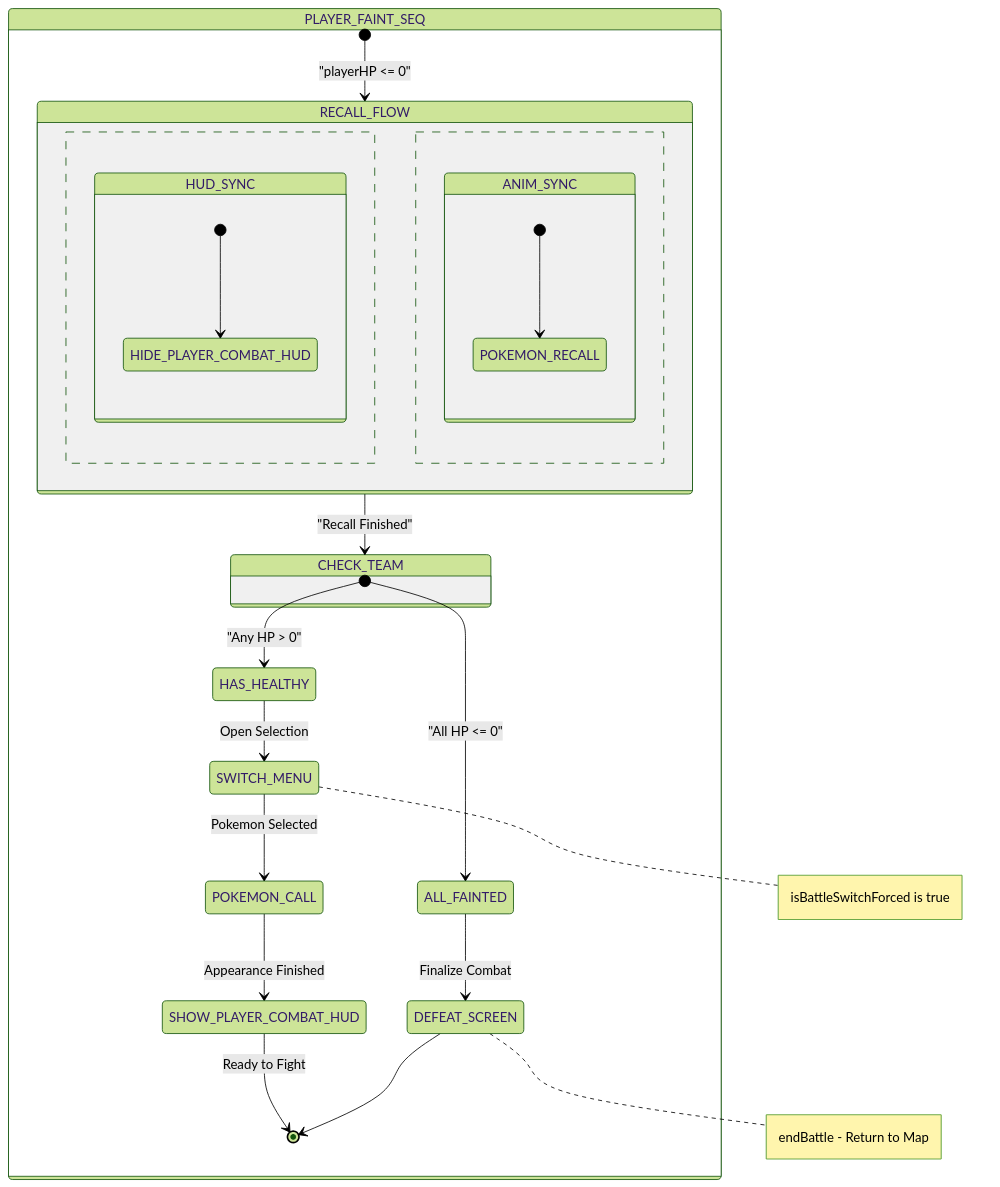
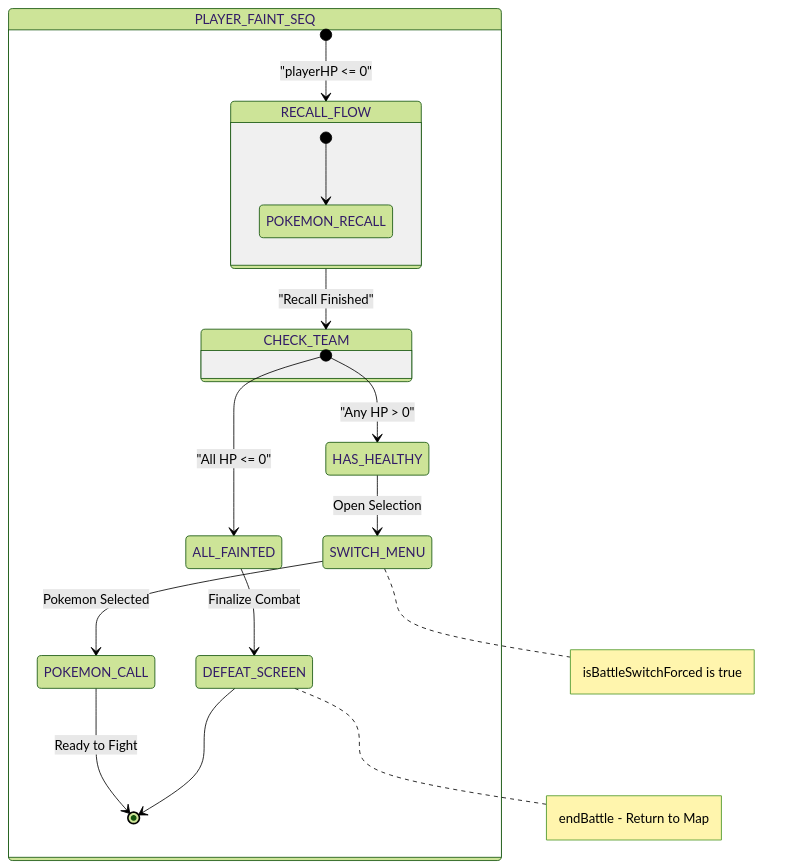
One commit to Darkham77/PokeBorrador changed diagram 12 of 18 in .agents/skills/project-standards/references/battle/battle_mechanics_manual.md. Above: the diagram before and after it, drawn with Mermaid (forest theme). The commit also changed other lines of this file and 30 other files, not shown here.

````diff
--- a/.agents/skills/project-standards/references/battle/battle_mechanics_manual.md
+++ b/.agents/skills/project-standards/references/battle/battle_mechanics_manual.md
@@ -714,34 +685,27 @@
 ```mermaid
 stateDiagram-v2
     state PLAYER_FAINT_SEQ {
         [*] --> RECALL_FLOW: "playerHP <= 0"
         
         state RECALL_FLOW {
-            state HUD_SYNC {
-                [*] --> HIDE_PLAYER_COMBAT_HUD
-            }
-            --
-            state ANIM_SYNC {
-                [*] --> POKEMON_RECALL
-            }
+            [*] --> POKEMON_RECALL
         }
         
         RECALL_FLOW --> CHECK_TEAM: "Recall Finished"
         
         state CHECK_TEAM {
             [*] --> HAS_HEALTHY: "Any HP > 0"
             [*] --> ALL_FAINTED: "All HP <= 0"
         }
         
         HAS_HEALTHY --> SWITCH_MENU : Open Selection
         note right of SWITCH_MENU: isBattleSwitchForced is true
         
         SWITCH_MENU --> POKEMON_CALL : Pokemon Selected
-        POKEMON_CALL --> SHOW_PLAYER_COMBAT_HUD : Appearance Finished
-        SHOW_PLAYER_COMBAT_HUD --> [*] : Ready to Fight
+        POKEMON_CALL --> [*] : Ready to Fight
         
         ALL_FAINTED --> DEFEAT_SCREEN : Finalize Combat
         DEFEAT_SCREEN --> [*]
     }
     note right of DEFEAT_SCREEN: endBattle - Return to Map
 ```
````
